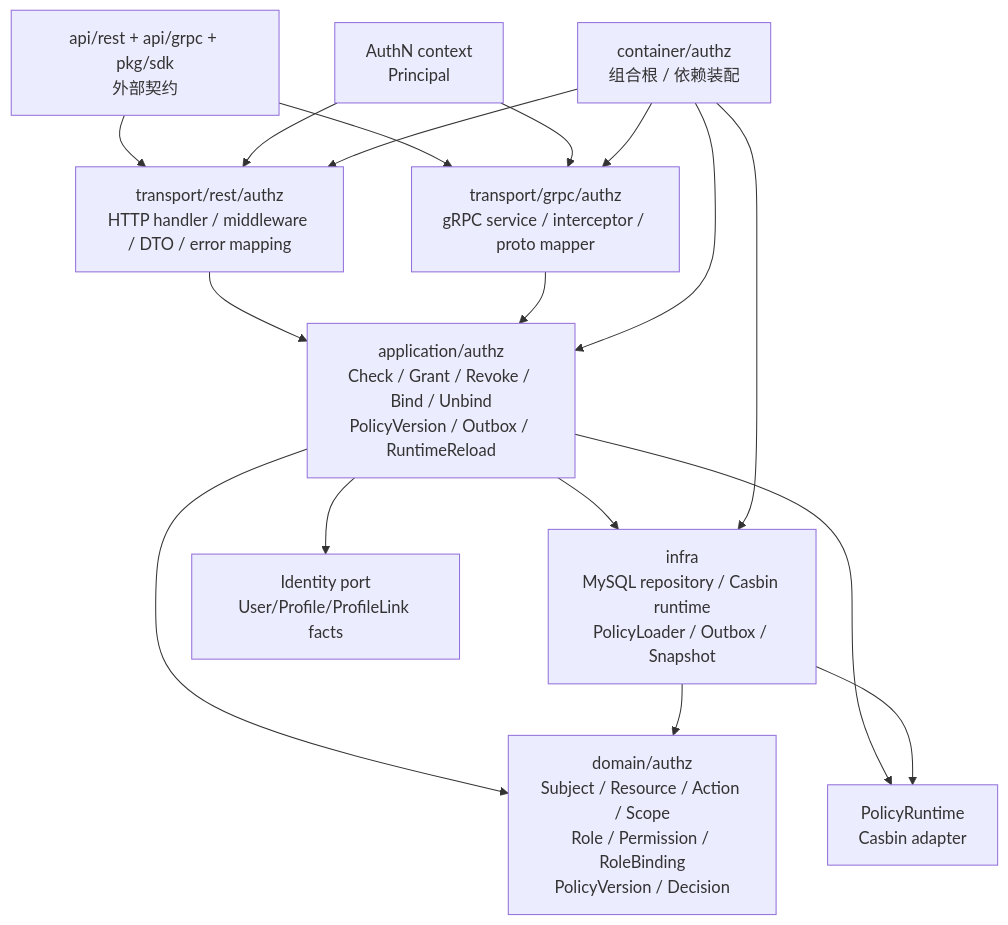
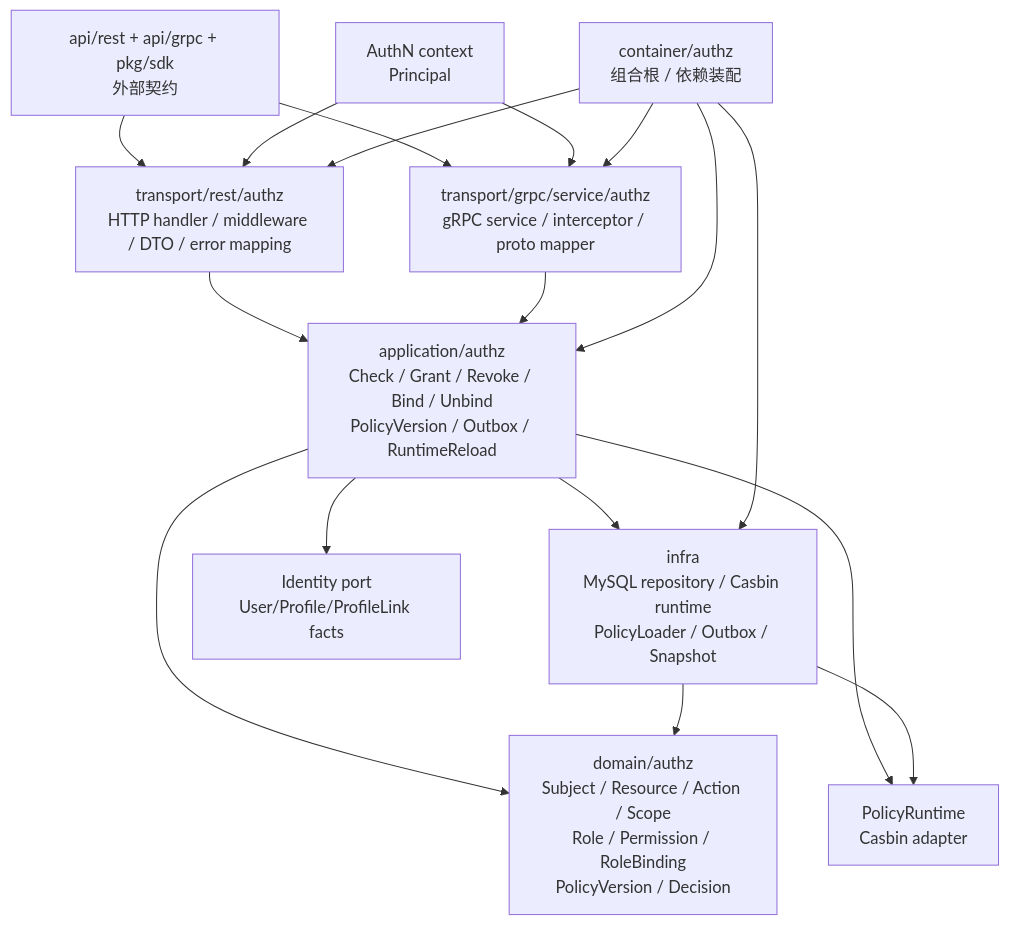
Before and after one commit to FangcunMount/iam: the diagram in docs/02-业务模块/03-AuthZ/07-分层架构与代码索引.md, drawn with Mermaid. The commit also changed other lines of this file and 45 other files, not shown here.

````diff
--- a/docs/02-业务模块/03-AuthZ/07-分层架构与代码索引.md
+++ b/docs/02-业务模块/03-AuthZ/07-分层架构与代码索引.md
@@ -59,30 +59,30 @@
 ```mermaid
 flowchart TD
     Contract["api/rest + api/grpc + pkg/sdk\n外部契约"]
     Rest["transport/rest/authz\nHTTP handler / middleware / DTO / error mapping"]
-    Grpc["transport/grpc/authz\ngRPC service / interceptor / proto mapper"]
+    Grpc["transport/grpc/service/authz\ngRPC service / interceptor / proto mapper"]
     App["application/authz\nCheck / Grant / Revoke / Bind / Unbind\nPolicyVersion / Outbox / RuntimeReload"]
     Domain["domain/authz\nSubject / Resource / Action / Scope\nRole / Permission / RoleBinding\nPolicyVersion / Decision"]
     Infra["infra\nMySQL repository / Casbin runtime\nPolicyLoader / Outbox / Snapshot"]
     Container["container/authz\n组合根 / 依赖装配"]
     AuthN["AuthN context\nPrincipal"]
     Identity["Identity port\nUser/Profile/ProfileLink facts"]
     Runtime["PolicyRuntime\nCasbin adapter"]
 
     Contract --> Rest
     Contract --> Grpc
     Rest --> App
     Grpc --> App
     AuthN --> Rest
     AuthN --> Grpc
     App --> Domain
     App --> Infra
     App --> Identity
     App --> Runtime
     Infra --> Domain
     Infra --> Runtime
     Container --> Rest
     Container --> Grpc
     Container --> App
     Container --> Infra
 ```
````
